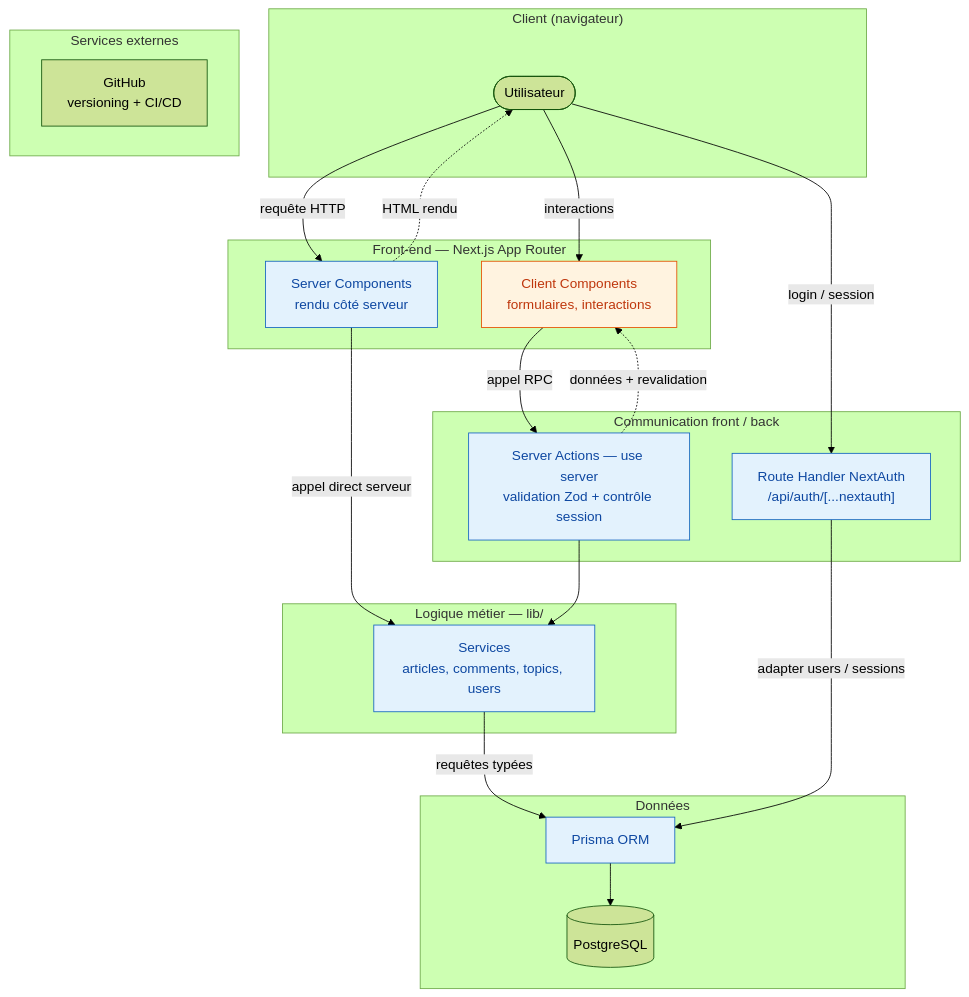
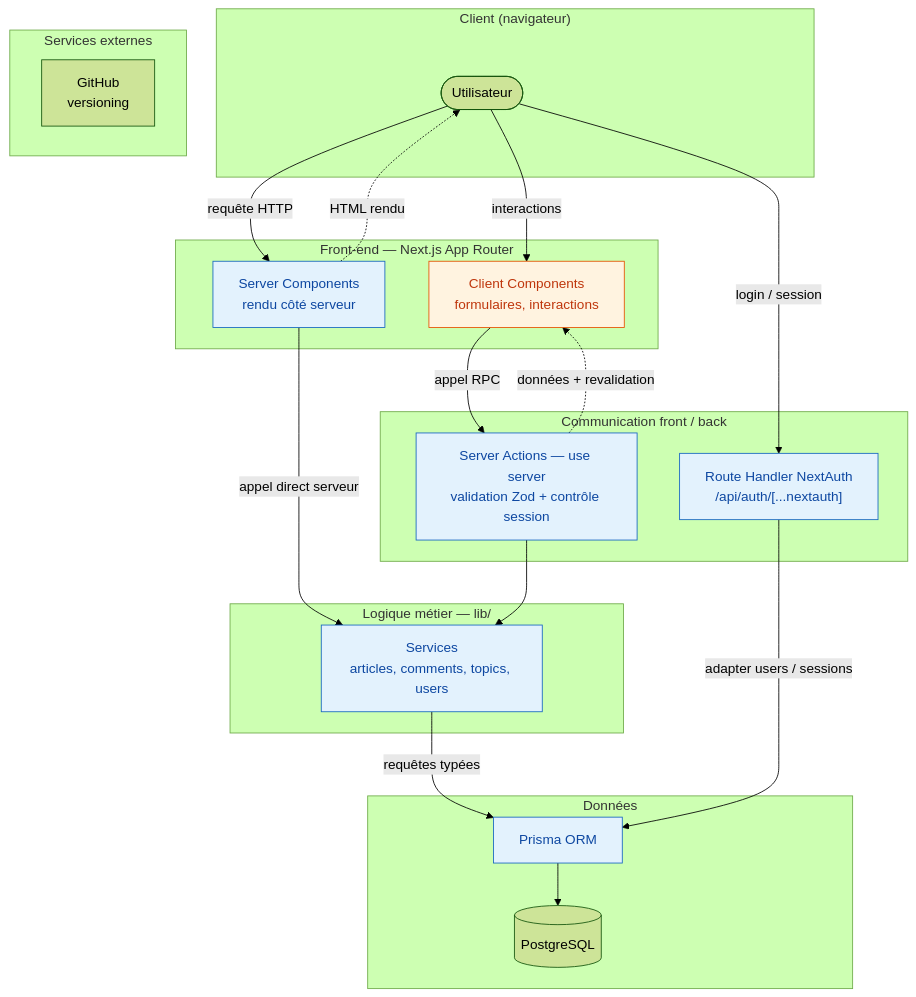
Before and after one commit to EnhydraV/ocr-jsld-p5: the first of 2 diagrams in DOCUMENTATION.md, drawn with Mermaid (forest theme). The commit also changed other lines of this file and 25 other files, not shown here.

````diff
--- a/DOCUMENTATION.md
+++ b/DOCUMENTATION.md
@@ -73,48 +78,48 @@
 ```mermaid
 flowchart TD
     subgraph client["Client (navigateur)"]
         User([Utilisateur])
     end
 
     subgraph front["Front-end — Next.js App Router"]
         SC["Server Components<br/>rendu côté serveur"]
         CC["Client Components<br/>formulaires, interactions"]
     end
 
     subgraph comm["Communication front / back"]
         SA["Server Actions — use server<br/>validation Zod + contrôle session"]
         RH["Route Handler NextAuth<br/>/api/auth/[...nextauth]"]
     end
 
     subgraph metier["Logique métier — lib/"]
         SVC["Services<br/>articles, comments, topics, users"]
     end
 
     subgraph data["Données"]
         ORM["Prisma ORM"]
         DB[("PostgreSQL")]
     end
 
     subgraph ext["Services externes"]
-        GH["GitHub<br/>versioning + CI/CD"]
+        GH["GitHub<br/>versioning"]
     end
 
     User -->|requête HTTP| SC
     User -->|interactions| CC
     SC -->|appel direct serveur| SVC
     CC -->|appel RPC| SA
     SA --> SVC
     SVC -->|requêtes typées| ORM
     ORM --> DB
 
     User -->|login / session| RH
     RH -->|adapter users / sessions| ORM
 
     SC -.->|HTML rendu| User
     SA -.->|données + revalidation| CC
 
     classDef server fill:#e3f2fd,stroke:#1565c0,color:#0d47a1;
     classDef clientNode fill:#fff3e0,stroke:#e65100,color:#bf360c;
     class SC,SA,RH,SVC,ORM server;
     class CC clientNode;
 ```
````
